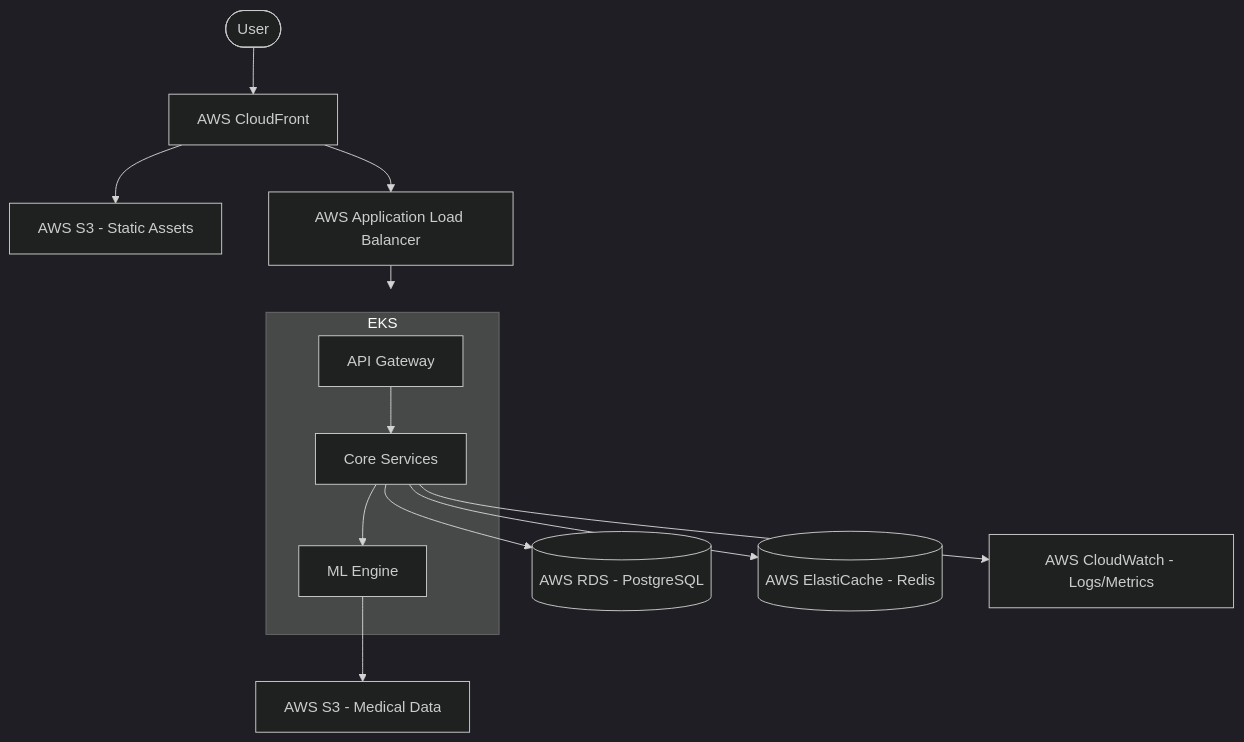
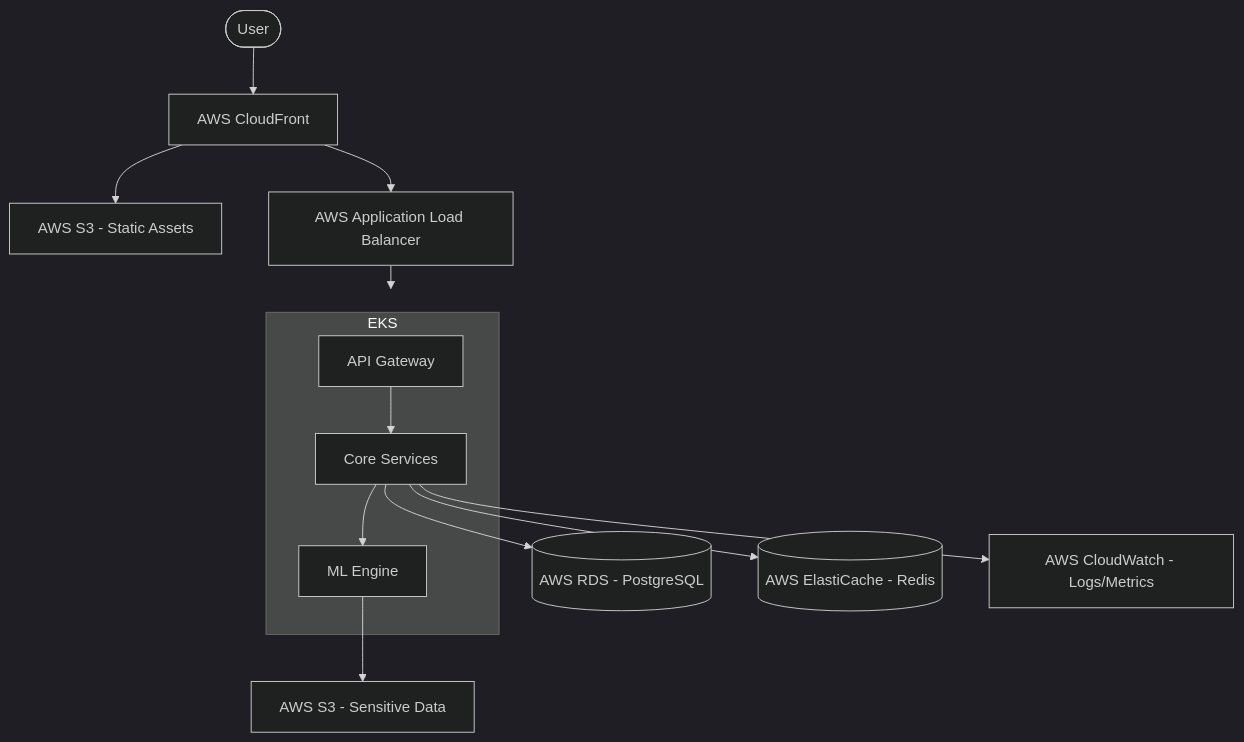
One commit to kimkov/genovax-platform-infrastructure changed the first of 2 diagrams in README.md. Above: the diagram before and after it, drawn with Mermaid (dark theme). The commit also changed other lines of this file, not shown here.

Commit message:
Update README: refine language for compliance and data security sections, reorganize and expand table of contents, and add new sections for design philosophy, production readiness, and security controls mapping.

````diff
--- a/README.md
+++ b/README.md
@@ -40,15 +44,15 @@
 ```mermaid
 graph TD
     User([User]) --> CloudFront[AWS CloudFront]
     CloudFront --> S3[AWS S3 - Static Assets]
     CloudFront --> ALB[AWS Application Load Balancer]
     ALB --> EKS[AWS EKS - Kubernetes Cluster]
     subgraph EKS
         GW[API Gateway] --> Core[Core Services]
         Core --> ML[ML Engine]
     end
     Core --> RDS[(AWS RDS - PostgreSQL)]
     Core --> Redis[(AWS ElastiCache - Redis)]
-    ML --> S3_Data[AWS S3 - Medical Data]
+    ML --> S3_Data[AWS S3 - Sensitive Data]
     Core --> CW[AWS CloudWatch - Logs/Metrics]
 ```
````
